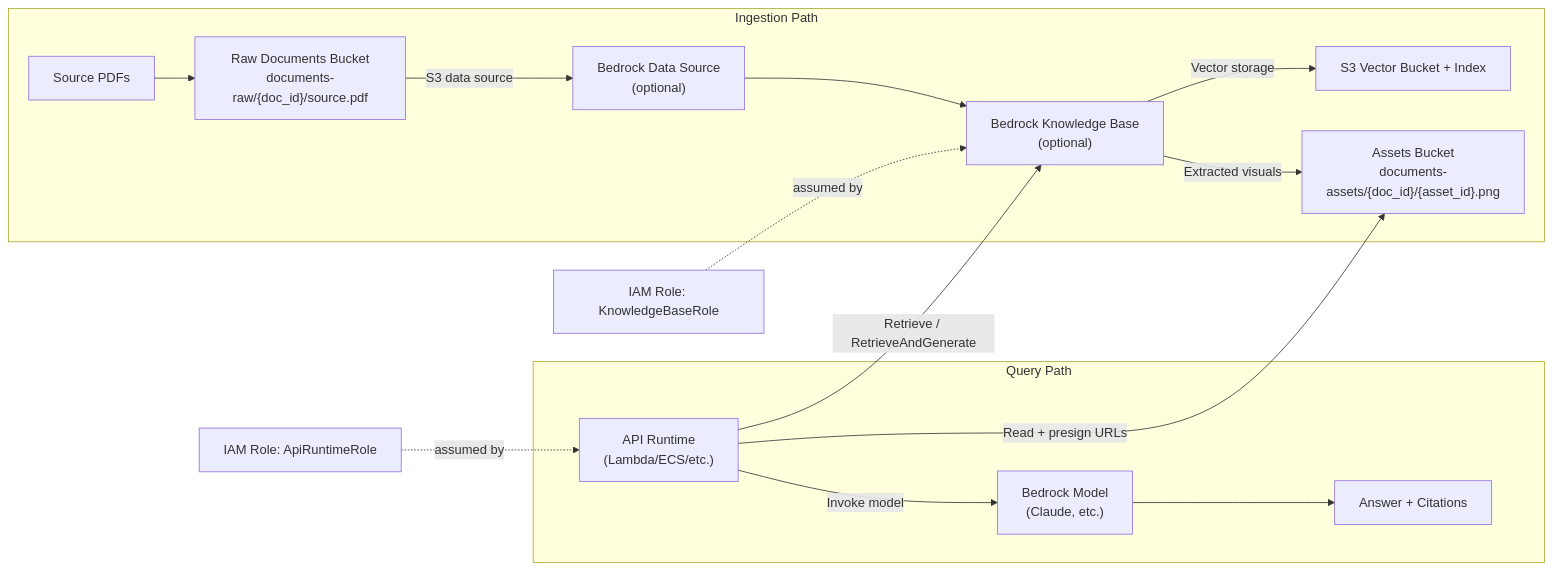
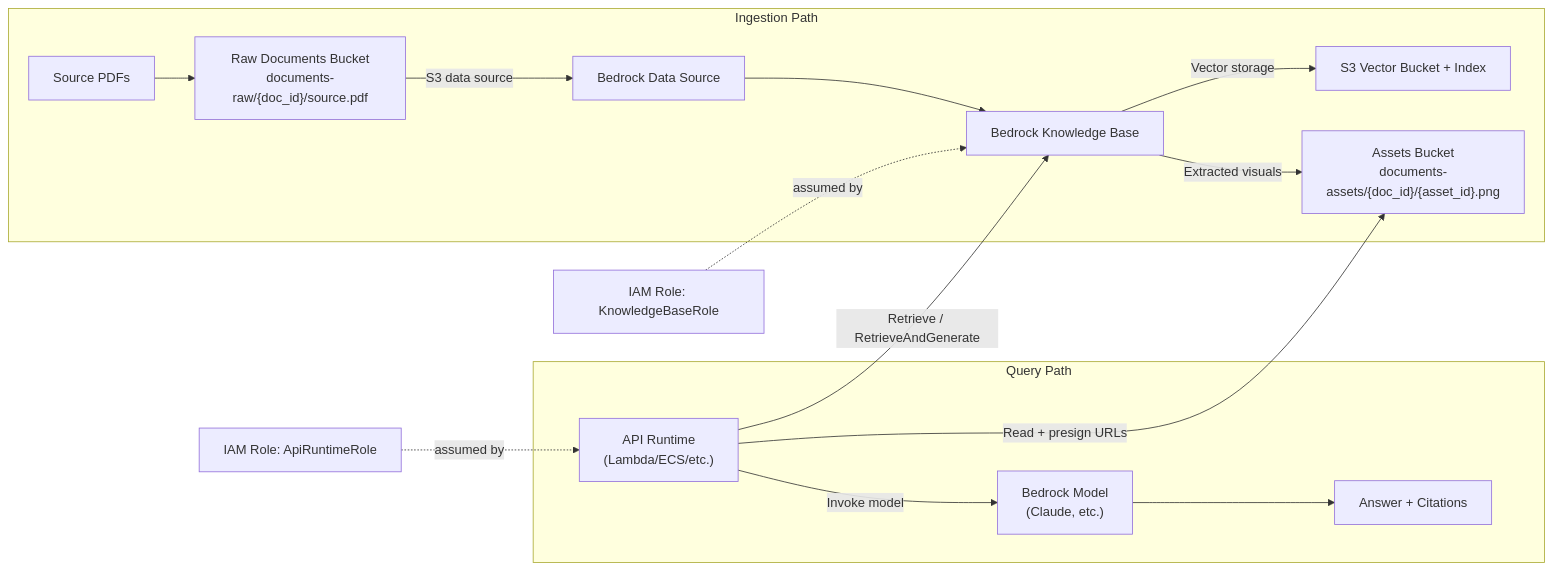
The diagram in infra/cdk/README.md (HusamMTU/Evidentia), drawn with Mermaid before and after one commit. The commit also changed other lines of this file, not shown here.

````diff
--- a/infra/cdk/README.md
+++ b/infra/cdk/README.md
@@ -24,20 +39,20 @@
 ```mermaid
 flowchart LR
   subgraph Ingestion["Ingestion Path"]
     DOCS["Source PDFs"] --> RAW["Raw Documents Bucket<br/>documents-raw/{doc_id}/source.pdf"]
-    RAW -->|S3 data source| DS["Bedrock Data Source<br/>(optional)"]
-    DS --> KB["Bedrock Knowledge Base<br/>(optional)"]
+    RAW -->|S3 data source| DS["Bedrock Data Source"]
+    DS --> KB["Bedrock Knowledge Base"]
     KB -->|Vector storage| VECT["S3 Vector Bucket + Index"]
     KB -->|Extracted visuals| ASSETS["Assets Bucket<br/>documents-assets/{doc_id}/{asset_id}.png"]
   end
 
   subgraph Query["Query Path"]
     API["API Runtime<br/>(Lambda/ECS/etc.)"] -->|Retrieve / RetrieveAndGenerate| KB
     API -->|Read + presign URLs| ASSETS
     API -->|Invoke model| MODEL["Bedrock Model<br/>(Claude, etc.)"]
     MODEL --> RESP["Answer + Citations"]
   end
 
   KBROLE["IAM Role: KnowledgeBaseRole"] -.assumed by.-> KB
   APIR["IAM Role: ApiRuntimeRole"] -.assumed by.-> API
 ```
````
